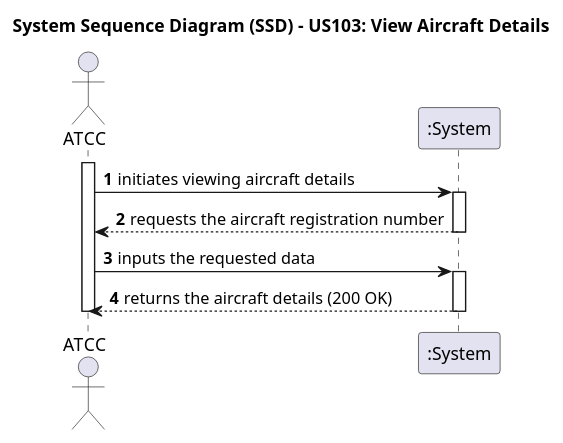
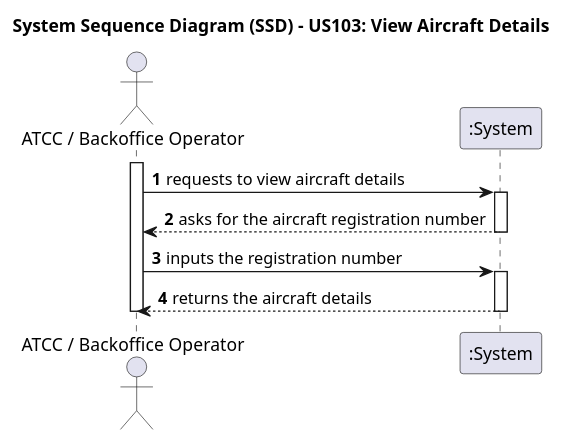
Before and after one commit to Andre-1240567/psoft2026_2DB_1240567_1241013_1240624: the diagram in docs/use-cases/WP#1A/US103/puml/US103-SSD.puml, drawn with PlantUML. The commit also changed 26 other files, not shown here.

```diff
--- a/docs/use-cases/WP#1A/US103/puml/US103-SSD.puml
+++ b/docs/use-cases/WP#1A/US103/puml/US103-SSD.puml
@@ -1,19 +1,19 @@
 @startuml US103-SSD
 autonumber
 title System Sequence Diagram (SSD) - US103: View Aircraft Details
 
-actor "ATCC" as Actor
+actor "ATCC / Backoffice Operator" as Actor
 participant ":System" as System
 
 activate Actor
-Actor -> System: initiates viewing aircraft details
+Actor -> System: requests to view aircraft details
 activate System
-System --> Actor: requests the aircraft registration number
+System --> Actor: asks for the aircraft registration number
 deactivate System
 
-Actor -> System: inputs the requested data
+Actor -> System: inputs the registration number
 activate System
-System --> Actor: returns the aircraft details (200 OK)
+System --> Actor: returns the aircraft details
 deactivate System
 deactivate Actor
 @enduml
```
